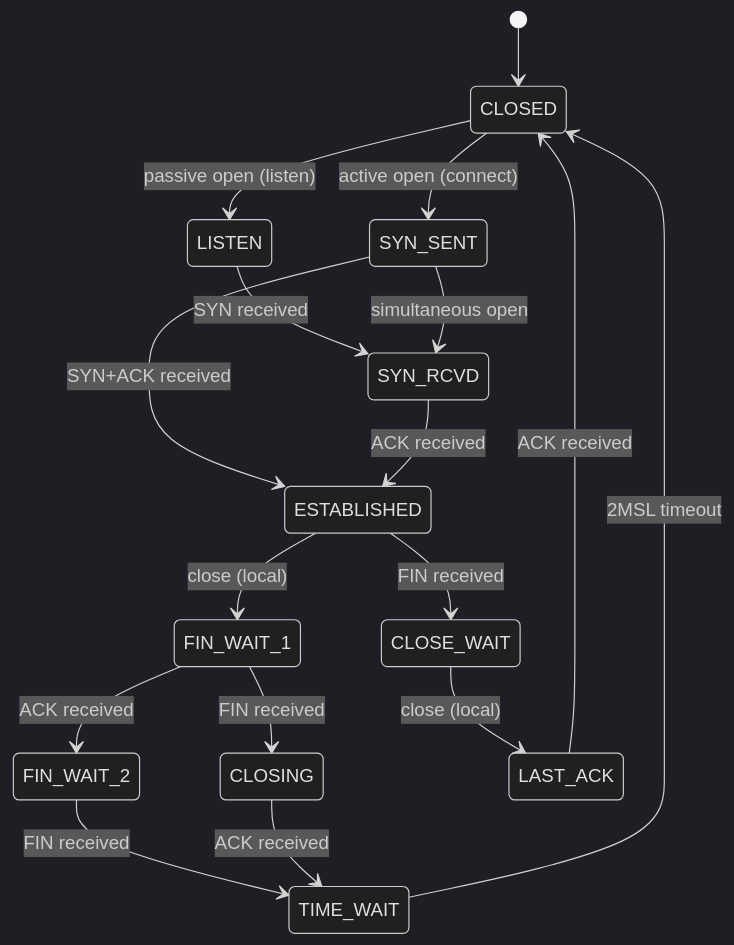
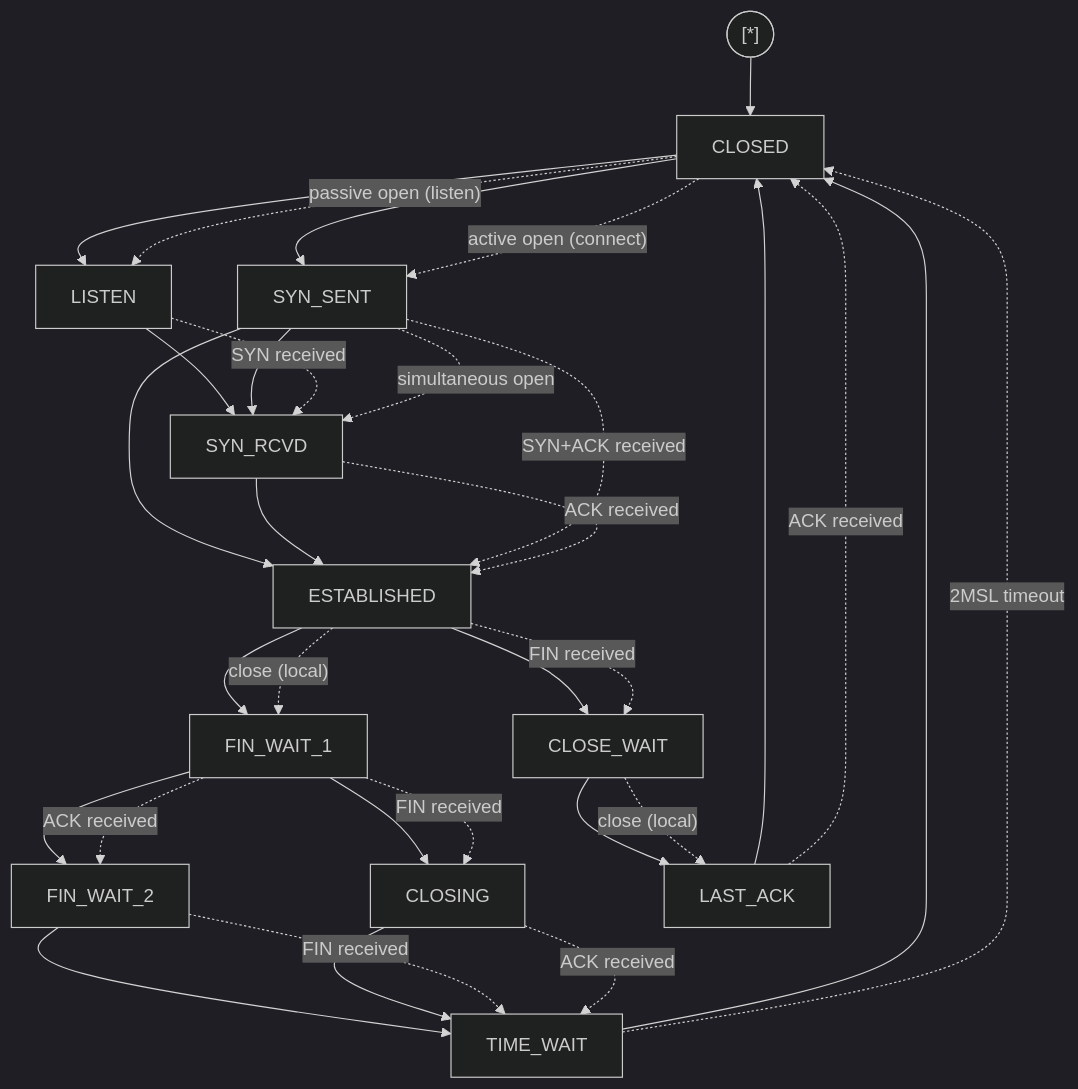
The third of 7 diagrams in topics/computing/infrastructure/linux/lesson_03_networking_stack.md (blebleblee/synapse), drawn with Mermaid (dark theme) before and after one commit. The commit also changed other lines of this file and 1464 other files, not shown here.

Commit message:
feat(release): curriculum vector mermaid upgrade, render hardening, and master synpack

````diff
--- a/topics/computing/infrastructure/linux/lesson_03_networking_stack.md
+++ b/topics/computing/infrastructure/linux/lesson_03_networking_stack.md
@@ -189,19 +189,35 @@
 ```mermaid
-stateDiagram-v2
-    [*] --> CLOSED
-    CLOSED --> LISTEN : passive open (listen)
-    CLOSED --> SYN_SENT : active open (connect)
-    LISTEN --> SYN_RCVD : SYN received
-    SYN_SENT --> ESTABLISHED : SYN+ACK received
-    SYN_SENT --> SYN_RCVD : simultaneous open
-    SYN_RCVD --> ESTABLISHED : ACK received
-    ESTABLISHED --> FIN_WAIT_1 : close (local)
-    ESTABLISHED --> CLOSE_WAIT : FIN received
-    FIN_WAIT_1 --> FIN_WAIT_2 : ACK received
-    FIN_WAIT_1 --> CLOSING : FIN received
-    FIN_WAIT_2 --> TIME_WAIT : FIN received
-    CLOSING --> TIME_WAIT : ACK received
-    CLOSE_WAIT --> LAST_ACK : close (local)
-    LAST_ACK --> CLOSED : ACK received
-    TIME_WAIT --> CLOSED : 2MSL timeout
+flowchart TD
+    START(["[*]"]) --> CLOSED["CLOSED"]
+    CLOSED --> LISTEN["LISTEN"]
+    CLOSED --> SYN_SENT["SYN_SENT"]
+    LISTEN --> SYN_RCVD["SYN_RCVD"]
+    SYN_SENT --> ESTABLISHED["ESTABLISHED"]
+    SYN_SENT --> SYN_RCVD
+    SYN_RCVD --> ESTABLISHED
+    ESTABLISHED --> FIN_WAIT_1["FIN_WAIT_1"]
+    ESTABLISHED --> CLOSE_WAIT["CLOSE_WAIT"]
+    FIN_WAIT_1 --> FIN_WAIT_2["FIN_WAIT_2"]
+    FIN_WAIT_1 --> CLOSING["CLOSING"]
+    FIN_WAIT_2 --> TIME_WAIT["TIME_WAIT"]
+    CLOSING --> TIME_WAIT
+    CLOSE_WAIT --> LAST_ACK["LAST_ACK"]
+    LAST_ACK --> CLOSED
+    TIME_WAIT --> CLOSED
+    
+    CLOSED -.->|"passive open (listen)"| LISTEN
+    CLOSED -.->|"active open (connect)"| SYN_SENT
+    LISTEN -.->|"SYN received"| SYN_RCVD
+    SYN_SENT -.->|"SYN+ACK received"| ESTABLISHED
+    SYN_SENT -.->|"simultaneous open"| SYN_RCVD
+    SYN_RCVD -.->|"ACK received"| ESTABLISHED
+    ESTABLISHED -.->|"close (local)"| FIN_WAIT_1
+    ESTABLISHED -.->|"FIN received"| CLOSE_WAIT
+    FIN_WAIT_1 -.->|"ACK received"| FIN_WAIT_2
+    FIN_WAIT_1 -.->|"FIN received"| CLOSING
+    FIN_WAIT_2 -.->|"FIN received"| TIME_WAIT
+    CLOSING -.->|"ACK received"| TIME_WAIT
+    CLOSE_WAIT -.->|"close (local)"| LAST_ACK
+    LAST_ACK -.->|"ACK received"| CLOSED
+    TIME_WAIT -.->|"2MSL timeout"| CLOSED
 ```
````
